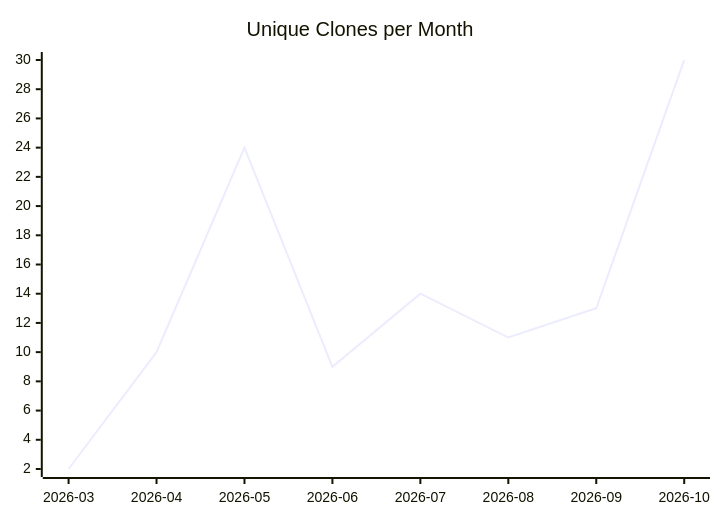
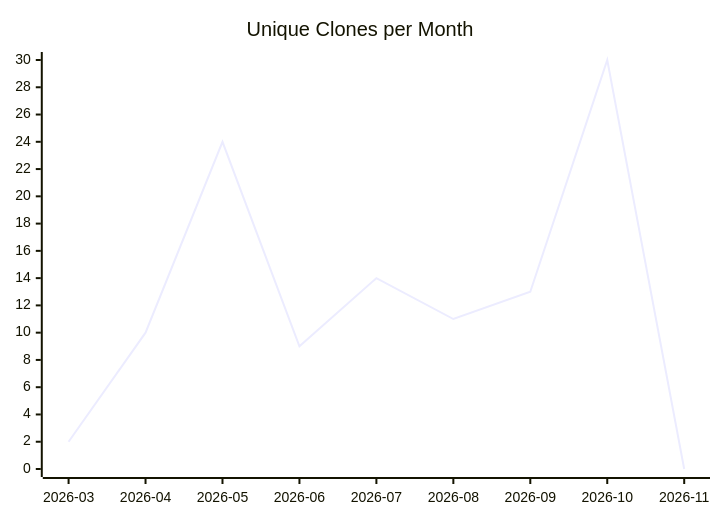
One commit to justdavis-family/github-analytics-data changed the third of 3 diagrams in karlmdavis/xmlpull/README.md. Above: the diagram before and after it, drawn with Mermaid. The commit also changed other lines of this file and 201 other files, not shown here.

````diff
--- a/karlmdavis/xmlpull/README.md
+++ b/karlmdavis/xmlpull/README.md
@@ -19,6 +19,6 @@
 ```mermaid
 xychart-beta
   title "Unique Clones per Month"
-  x-axis ["2026-03", "2026-04", "2026-05", "2026-06", "2026-07", "2026-08", "2026-09", "2026-10"]
-  line [2, 10, 24, 9, 14, 11, 13, 30]
+  x-axis ["2026-03", "2026-04", "2026-05", "2026-06", "2026-07", "2026-08", "2026-09", "2026-10", "2026-11"]
+  line [2, 10, 24, 9, 14, 11, 13, 30, 0]
 ```
````
